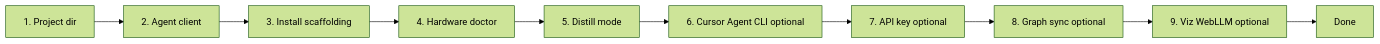
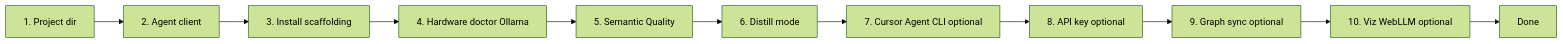
One commit to noyal1234/MemNetwork changed the first of 2 diagrams in docs/TUI_APP_PLAN.md. Above: the diagram before and after it, drawn with Mermaid (forest theme). The commit also changed other lines of this file and 33 other files, not shown here.

Commit message:
feat: Semantic Quality Integration

````diff
--- a/docs/TUI_APP_PLAN.md
+++ b/docs/TUI_APP_PLAN.md
@@ -433,12 +433,13 @@
 ```mermaid
 flowchart LR
     A["1. Project dir"] --> B["2. Agent client"]
     B --> C["3. Install scaffolding"]
-    C --> D["4. Hardware doctor"]
-    D --> E["5. Distill mode"]
-    E --> F["6. Cursor Agent CLI optional"]
-    F --> G["7. API key optional"]
-    G --> H["8. Graph sync optional"]
-    H --> I["9. Viz WebLLM optional"]
-    I --> J["Done"]
+    C --> D["4. Hardware doctor Ollama"]
+    D --> E["5. Semantic Quality"]
+    E --> F["6. Distill mode"]
+    F --> G["7. Cursor Agent CLI optional"]
+    G --> H["8. API key optional"]
+    H --> I["9. Graph sync optional"]
+    I --> J["10. Viz WebLLM optional"]
+    J --> K["Done"]
 ```
````
